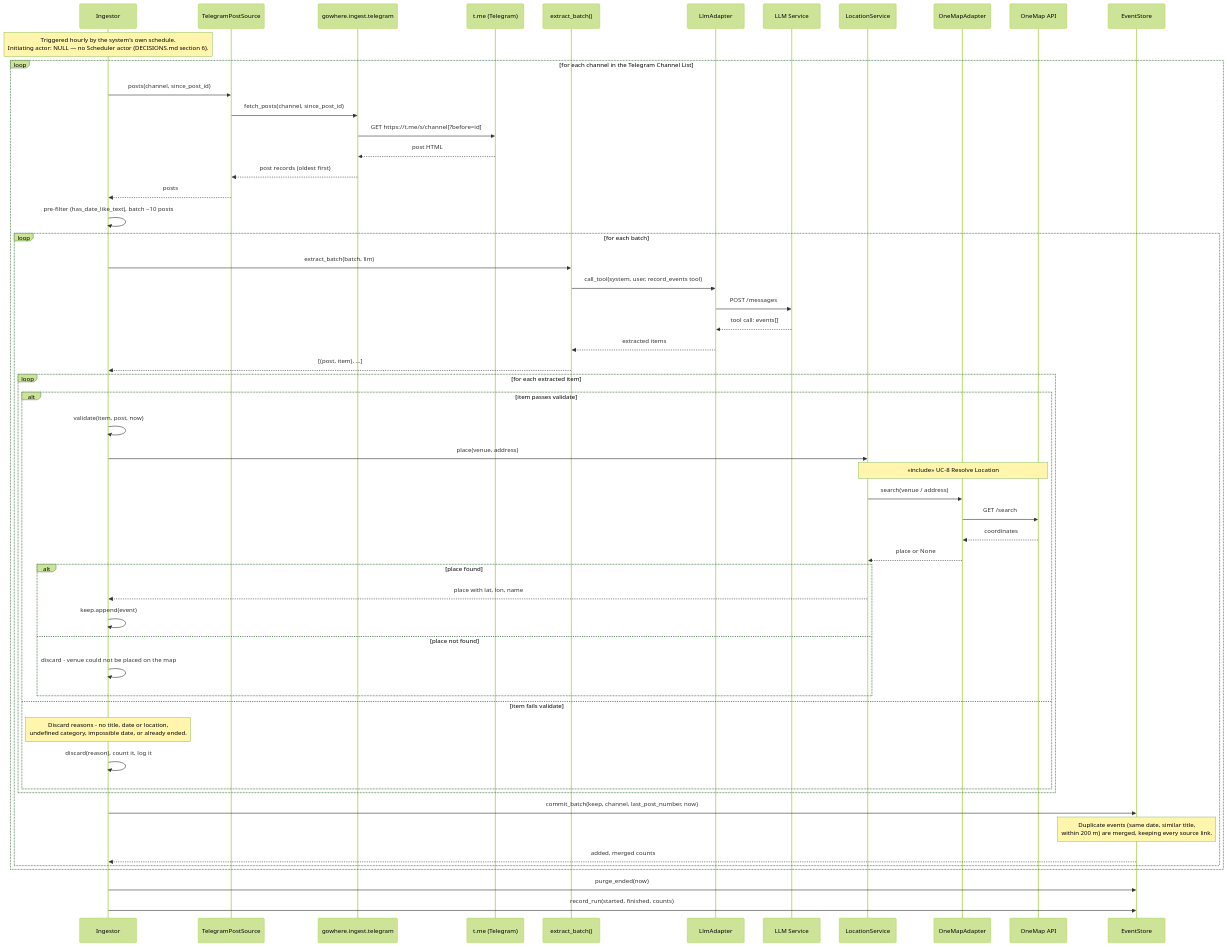
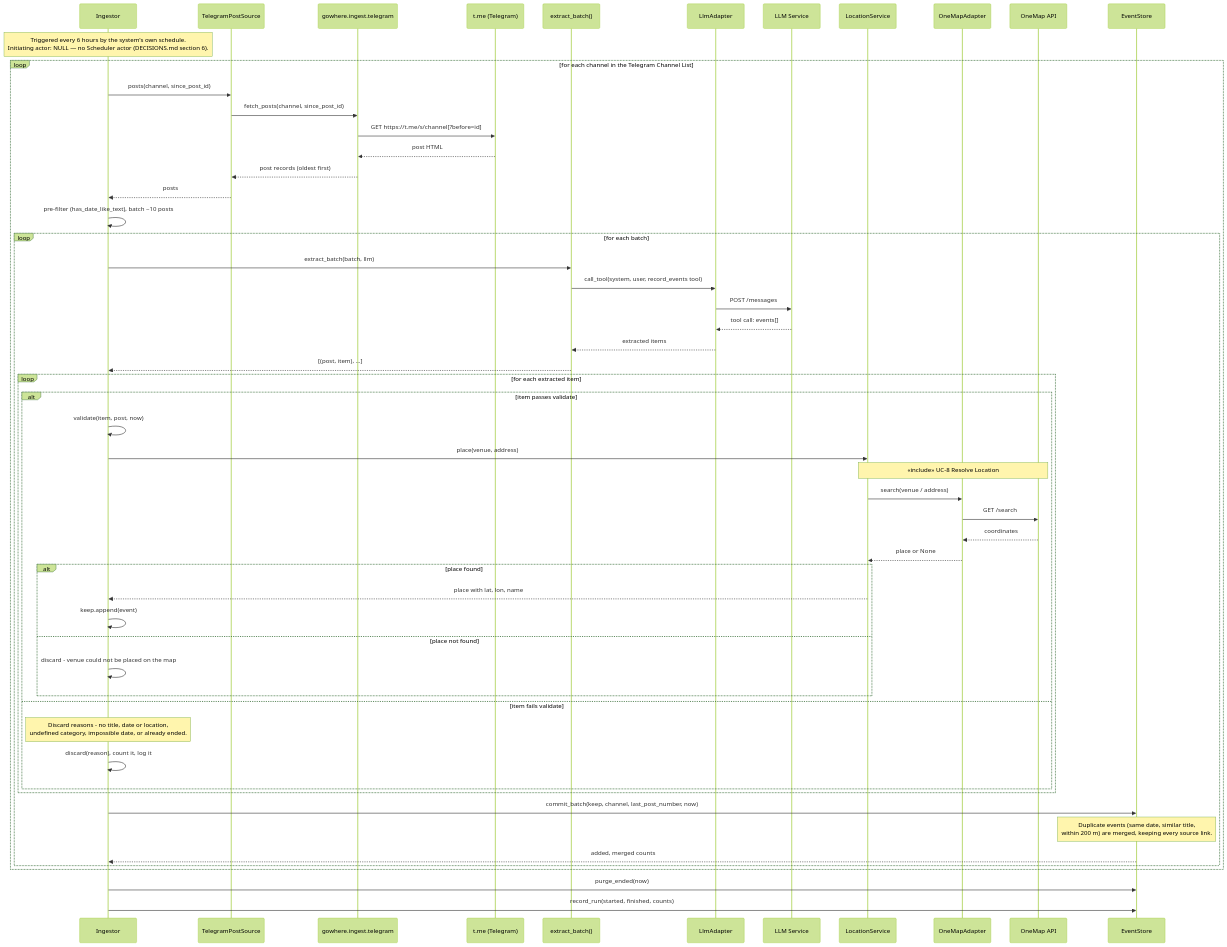
One commit to sarthaksinha2201/SC2006_SoftwareEngineering_Project changed the third of 3 diagrams in docs/sequence-diagrams.md. Above: the diagram before and after it, drawn with Mermaid (forest theme). The commit also changed other lines of this file and 13 other files, not shown here.

First line of the commit message:
Fix review findings on main: tooltip XSS, Telegram outage crash, diagrams, messages

````diff
--- a/docs/sequence-diagrams.md
+++ b/docs/sequence-diagrams.md
@@ -163,64 +167,64 @@
 ```mermaid
 sequenceDiagram
     participant Run as Ingestor
     participant Source as TelegramPostSource
     participant TG as gowhere.ingest.telegram
     participant TGHost as t.me (Telegram)
     participant Extract as extract_batch()
     participant LLM as LlmAdapter
     participant LLMAPI as LLM Service
     participant Loc as LocationService
     participant OneMap as OneMapAdapter
     participant OMAPI as OneMap API
     participant Store as EventStore
 
-    Note over Run: Triggered hourly by the system's own schedule.<br/>Initiating actor: NULL — no Scheduler actor (DECISIONS.md section 6).
+    Note over Run: Triggered every 6 hours by the system's own schedule.<br/>Initiating actor: NULL — no Scheduler actor (DECISIONS.md section 6).
 
     loop for each channel in the Telegram Channel List
         Run->>Source: posts(channel, since_post_id)
         Source->>TG: fetch_posts(channel, since_post_id)
         TG->>TGHost: GET https://t.me/s/channel[?before=id]
         TGHost-->>TG: post HTML
         TG-->>Source: post records (oldest first)
         Source-->>Run: posts
 
         Run->>Run: pre-filter (has_date_like_text), batch ~10 posts
 
         loop for each batch
             Run->>Extract: extract_batch(batch, llm)
             Extract->>LLM: call_tool(system, user, record_events tool)
             LLM->>LLMAPI: POST /messages
             LLMAPI-->>LLM: tool call: events[]
             LLM-->>Extract: extracted items
             Extract-->>Run: [(post, item), ...]
 
             loop for each extracted item
                 alt item passes validate
                     Run->>Run: validate(item, post, now)
                     Run->>Loc: place(venue, address)
                     Note over Loc,OMAPI: «include» UC-8 Resolve Location
                     Loc->>OneMap: search(venue / address)
                     OneMap->>OMAPI: GET /search
                     OMAPI-->>OneMap: coordinates
                     OneMap-->>Loc: place or None
                     alt place found
                         Loc-->>Run: place with lat, lon, name
                         Run->>Run: keep.append(event)
                     else place not found
                         Run->>Run: discard - venue could not be placed on the map
                     end
                 else item fails validate
                     Note over Run: Discard reasons - no title, date or location,<br/>undefined category, impossible date, or already ended.
                     Run->>Run: discard(reason), count it, log it
                 end
             end
 
             Run->>Store: commit_batch(keep, channel, last_post_number, now)
             Note over Store: Duplicate events (same date, similar title,<br/>within 200 m) are merged, keeping every source link.
             Store-->>Run: added, merged counts
         end
     end
 
     Run->>Store: purge_ended(now)
     Run->>Store: record_run(started, finished, counts)
 ```
````
